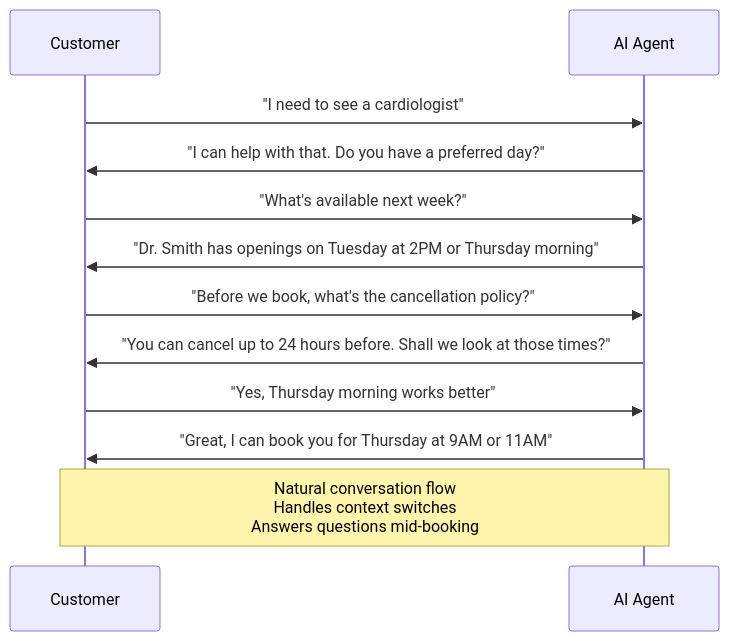
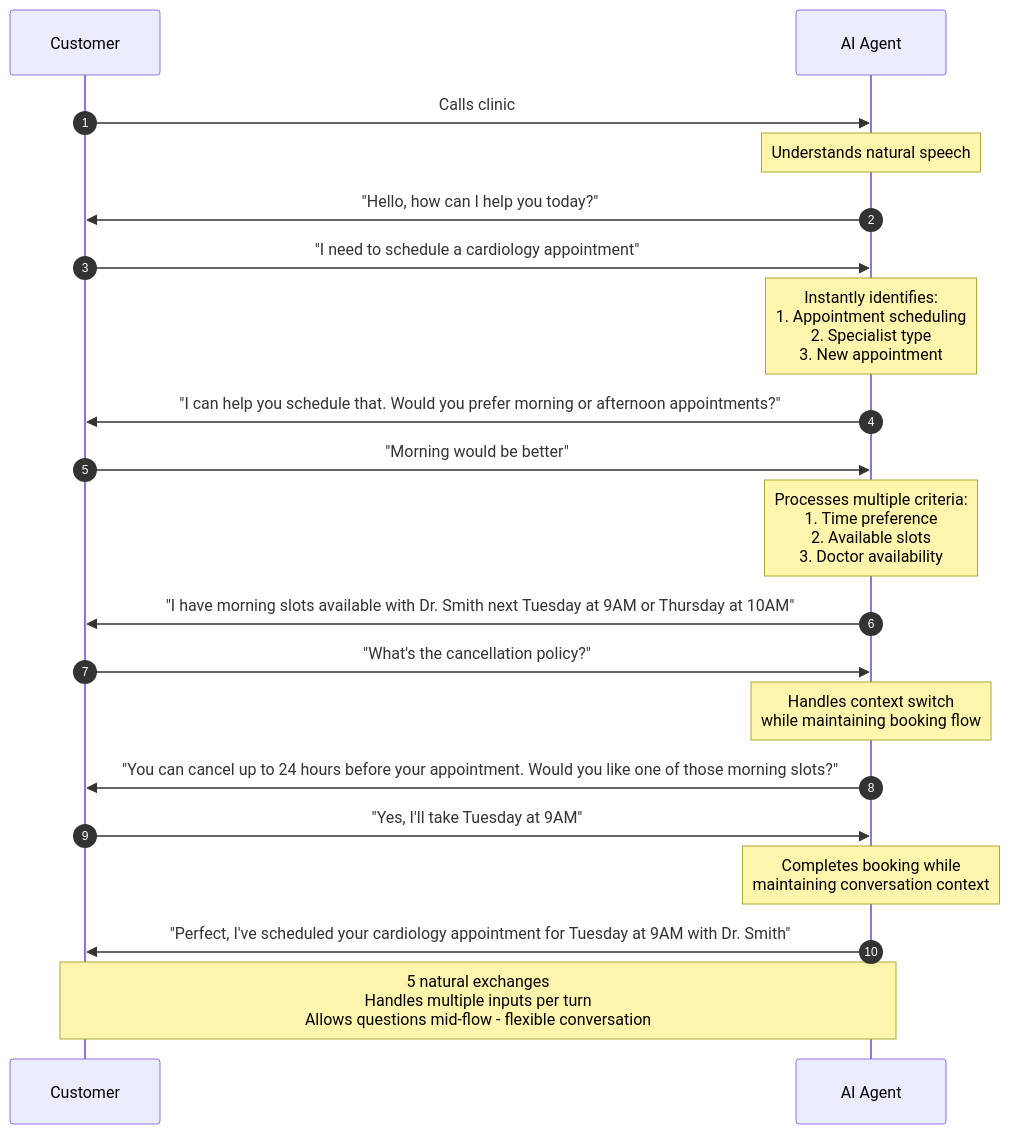
The second of 7 diagrams in docs/home/products/ai/get-started/platform-capabilities.mdx (signalwire/docs), drawn with Mermaid before and after one commit. The commit also changed other lines of this file, not shown here.

````diff
--- a/docs/home/products/ai/get-started/platform-capabilities.mdx
+++ b/docs/home/products/ai/get-started/platform-capabilities.mdx
@@ -42,14 +96,22 @@
 ```mermaid
 sequenceDiagram
+    autonumber
     participant C as Customer
     participant A as AI Agent
-    C->>A: "I need to see a cardiologist"
-    A->>C: "I can help with that. Do you have a preferred day?"
-    C->>A: "What's available next week?"
-    A->>C: "Dr. Smith has openings on Tuesday at 2PM or Thursday morning"
-    C->>A: "Before we book, what's the cancellation policy?"
-    A->>C: "You can cancel up to 24 hours before. Shall we look at those times?"
-    C->>A: "Yes, Thursday morning works better"
-    A->>C: "Great, I can book you for Thursday at 9AM or 11AM"
-    Note over C,A: Natural conversation flow<br/>Handles context switches<br/>Answers questions mid-booking
+    C->>A: Calls clinic
+    Note over A: Understands natural speech
+    A->>C: "Hello, how can I help you today?"
+    C->>A: "I need to schedule a cardiology appointment"
+    Note over A: Instantly identifies:<br/>1. Appointment scheduling<br/>2. Specialist type<br/>3. New appointment
+    A->>C: "I can help you schedule that. Would you prefer morning or afternoon appointments?"
+    C->>A: "Morning would be better"
+    Note over A: Processes multiple criteria:<br/>1. Time preference<br/>2. Available slots<br/>3. Doctor availability
+    A->>C: "I have morning slots available with Dr. Smith next Tuesday at 9AM or Thursday at 10AM"
+    C->>A: "What's the cancellation policy?"
+    Note over A: Handles context switch<br/>while maintaining booking flow
+    A->>C: "You can cancel up to 24 hours before your appointment. Would you like one of those morning slots?"
+    C->>A: "Yes, I'll take Tuesday at 9AM"
+    Note over A: Completes booking while<br/>maintaining conversation context
+    A->>C: "Perfect, I've scheduled your cardiology appointment for Tuesday at 9AM with Dr. Smith"
+    Note over C,A: 5 natural exchanges<br/>Handles multiple inputs per turn<br/>Allows questions mid-flow - flexible conversation
 ```
````
